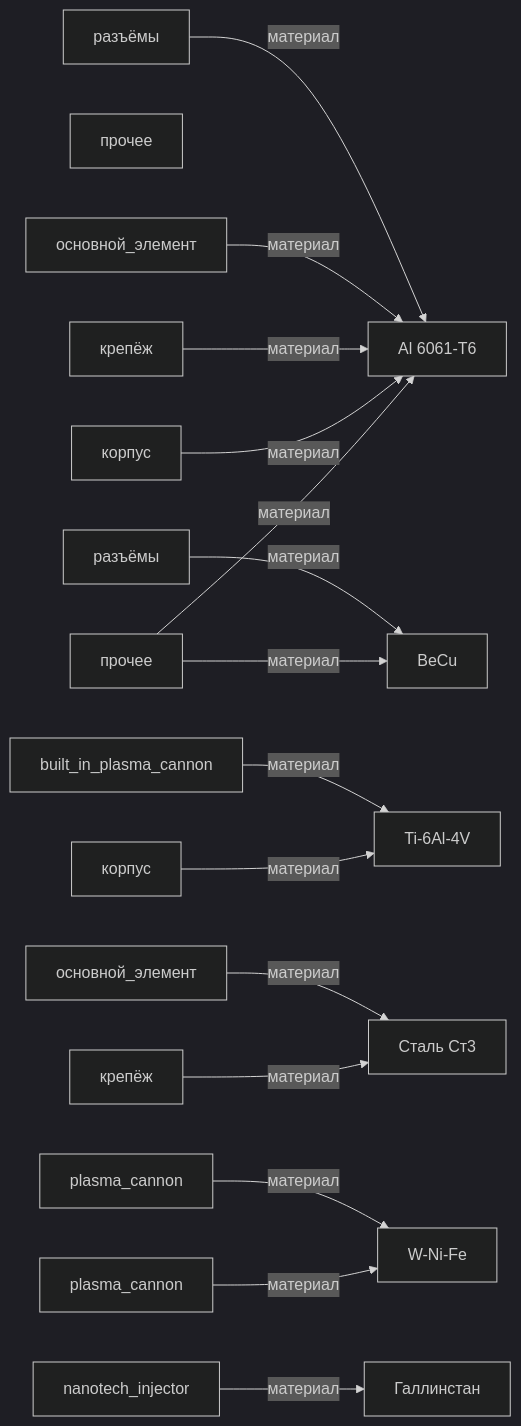
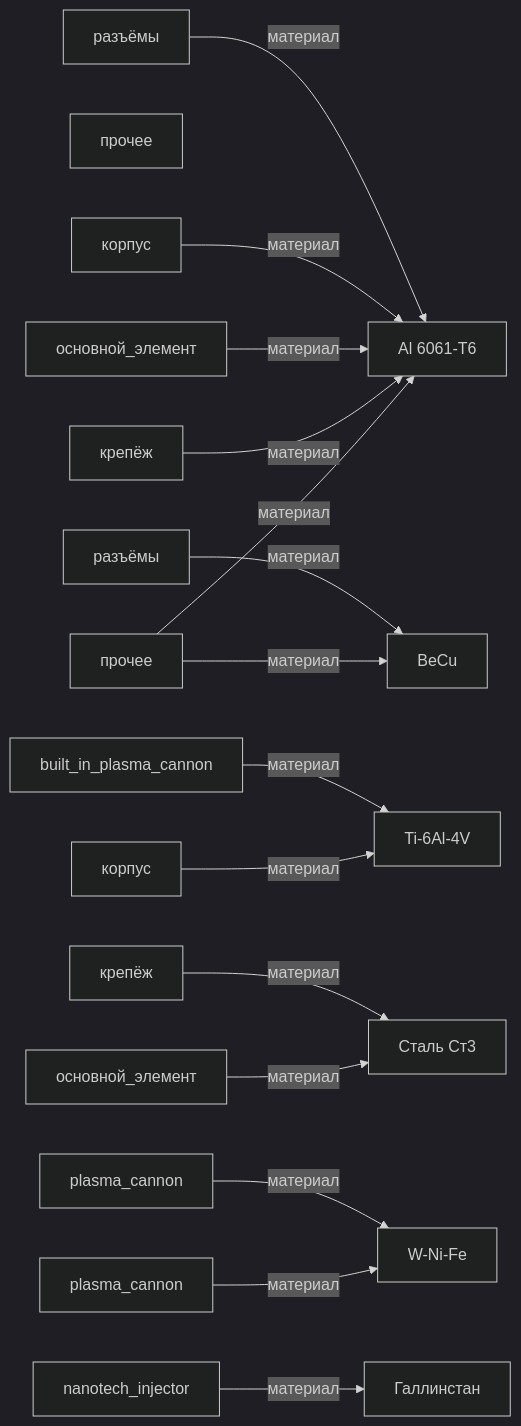
The diagram in graphs/mermaid/graph1_встроенное_оружие.md (a-m-e-n-t-e-t/SkyNet), drawn with Mermaid (dark theme) before and after one commit. The commit also changed other lines of this file and 21 other files, not shown here.

````diff
--- a/graphs/mermaid/graph1_встроенное_оружие.md
+++ b/graphs/mermaid/graph1_встроенное_оружие.md
@@ -3,37 +3,37 @@
 ```mermaid
 graph LR
     izdelie_granatomet_m320[прочее]
     izdelie_minigun_m134[прочее]
-    часть_granatomet_m320_housing[корпус]
     часть_granatomet_m320_mounting[крепёж]
     часть_granatomet_m320_core[основной_элемент]
+    часть_granatomet_m320_housing[корпус]
     часть_granatomet_m320_connectors[разъёмы]
+    часть_minigun_m134_connectors[разъёмы]
     часть_minigun_m134_housing[корпус]
-    часть_minigun_m134_connectors[разъёмы]
+    часть_minigun_m134_core[основной_элемент]
     часть_minigun_m134_mounting[крепёж]
-    часть_minigun_m134_core[основной_элемент]
+    часть_hk_aerial_плазма_пушка[plasma_cannon]
     часть_hk_tank_плазма_пушка_1[plasma_cannon]
+    часть_t_x_нанотех_инъектор[nanotech_injector]
     часть_t_x_плазма_пушка[built_in_plasma_cannon]
-    часть_t_x_нанотех_инъектор[nanotech_injector]
-    часть_hk_aerial_плазма_пушка[plasma_cannon]
     material_al_6061_t6[Al 6061-T6]
     material_becu[BeCu]
     material_gallinstan[Галлинстан]
     material_stal_st3[Сталь Ст3]
     material_ti_6al_4v[Ti-6Al-4V]
     material_w_ni_fe[W-Ni-Fe]
     izdelie_granatomet_m320 -->|материал| material_al_6061_t6
     izdelie_granatomet_m320 -->|материал| material_becu
-    часть_granatomet_m320_housing -->|материал| material_al_6061_t6
     часть_granatomet_m320_mounting -->|материал| material_al_6061_t6
     часть_granatomet_m320_core -->|материал| material_al_6061_t6
+    часть_granatomet_m320_housing -->|материал| material_al_6061_t6
     часть_granatomet_m320_connectors -->|материал| material_becu
+    часть_minigun_m134_connectors -->|материал| material_al_6061_t6
     часть_minigun_m134_housing -->|материал| material_ti_6al_4v
-    часть_minigun_m134_connectors -->|материал| material_al_6061_t6
+    часть_minigun_m134_core -->|материал| material_stal_st3
     часть_minigun_m134_mounting -->|материал| material_stal_st3
-    часть_minigun_m134_core -->|материал| material_stal_st3
+    часть_hk_aerial_плазма_пушка -->|материал| material_w_ni_fe
     часть_hk_tank_плазма_пушка_1 -->|материал| material_w_ni_fe
+    часть_t_x_нанотех_инъектор -->|материал| material_gallinstan
     часть_t_x_плазма_пушка -->|материал| material_ti_6al_4v
-    часть_t_x_нанотех_инъектор -->|материал| material_gallinstan
-    часть_hk_aerial_плазма_пушка -->|материал| material_w_ni_fe
 ```
````
